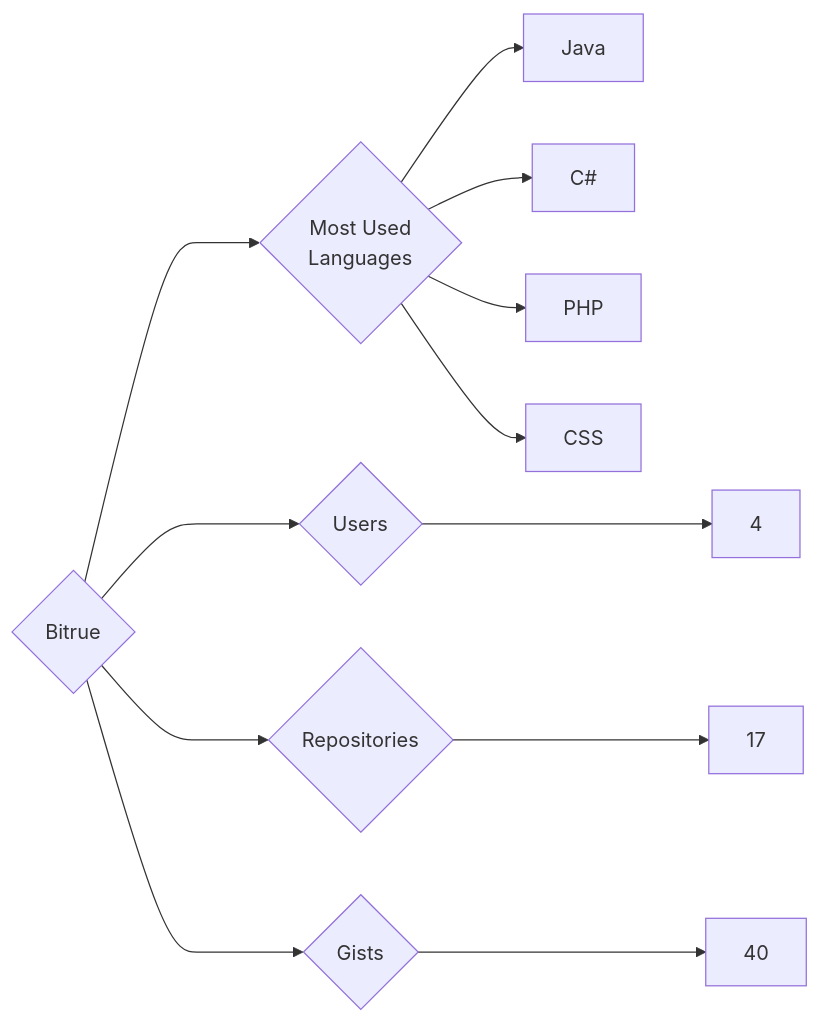
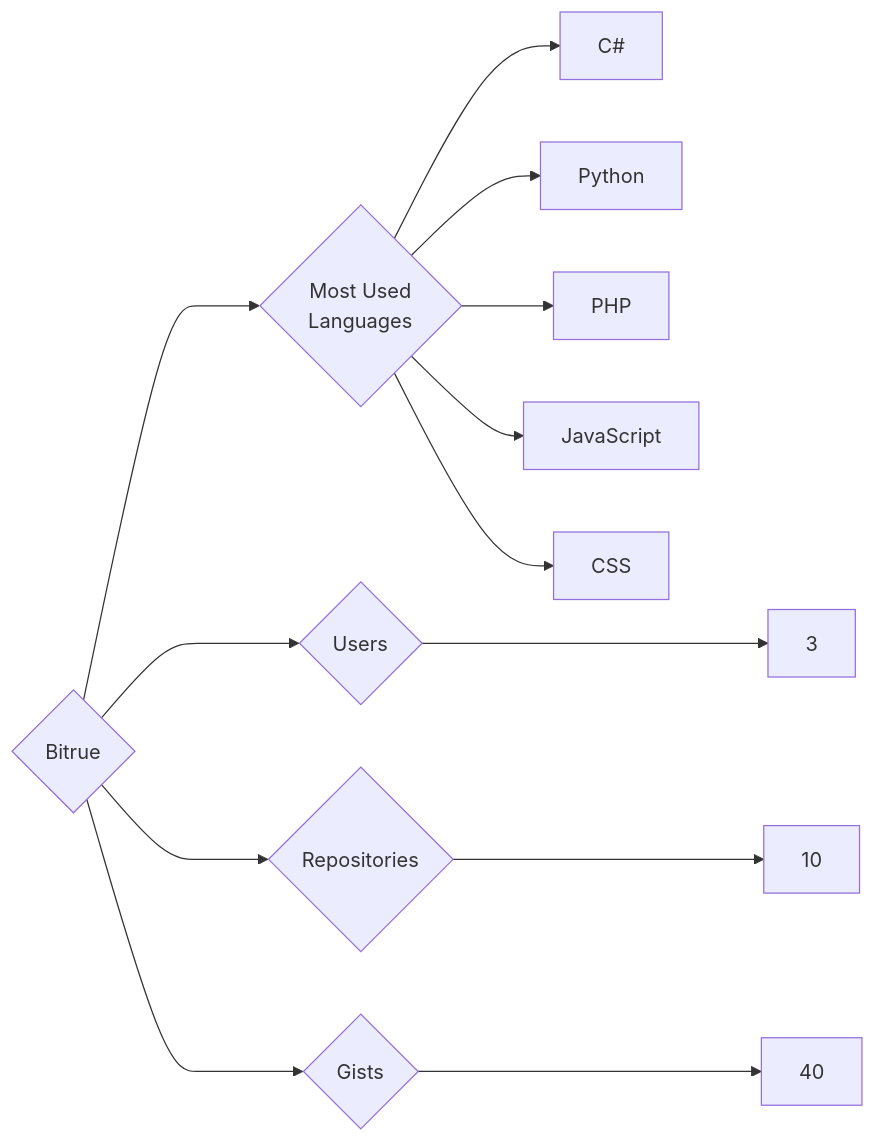
Before and after one commit to trickest/insiders: the diagram in targets/Bitrue/README.md, drawn with Mermaid. The commit also changed 1055 other files, not shown here.

````diff
--- a/targets/Bitrue/README.md
+++ b/targets/Bitrue/README.md
@@ -3,12 +3,13 @@
 ```mermaid
 graph LR
 COMPANY_NAME{Bitrue}
-COMPANY_NAME ---> U{Users} ---> UN[4]
-COMPANY_NAME ---> R{Repositories} ---> RN[17]
+COMPANY_NAME ---> U{Users} ---> UN[3]
+COMPANY_NAME ---> R{Repositories} ---> RN[10]
 COMPANY_NAME ---> G{Gists} ---> GN[40]
 COMPANY_NAME ---> ML{Most Used<br>Languages}
-ML --> Java[Java]
 ML --> C#[C#]
+ML --> Python[Python]
 ML --> PHP[PHP]
+ML --> JavaScript[JavaScript]
 ML --> CSS[CSS]
 ```
````
